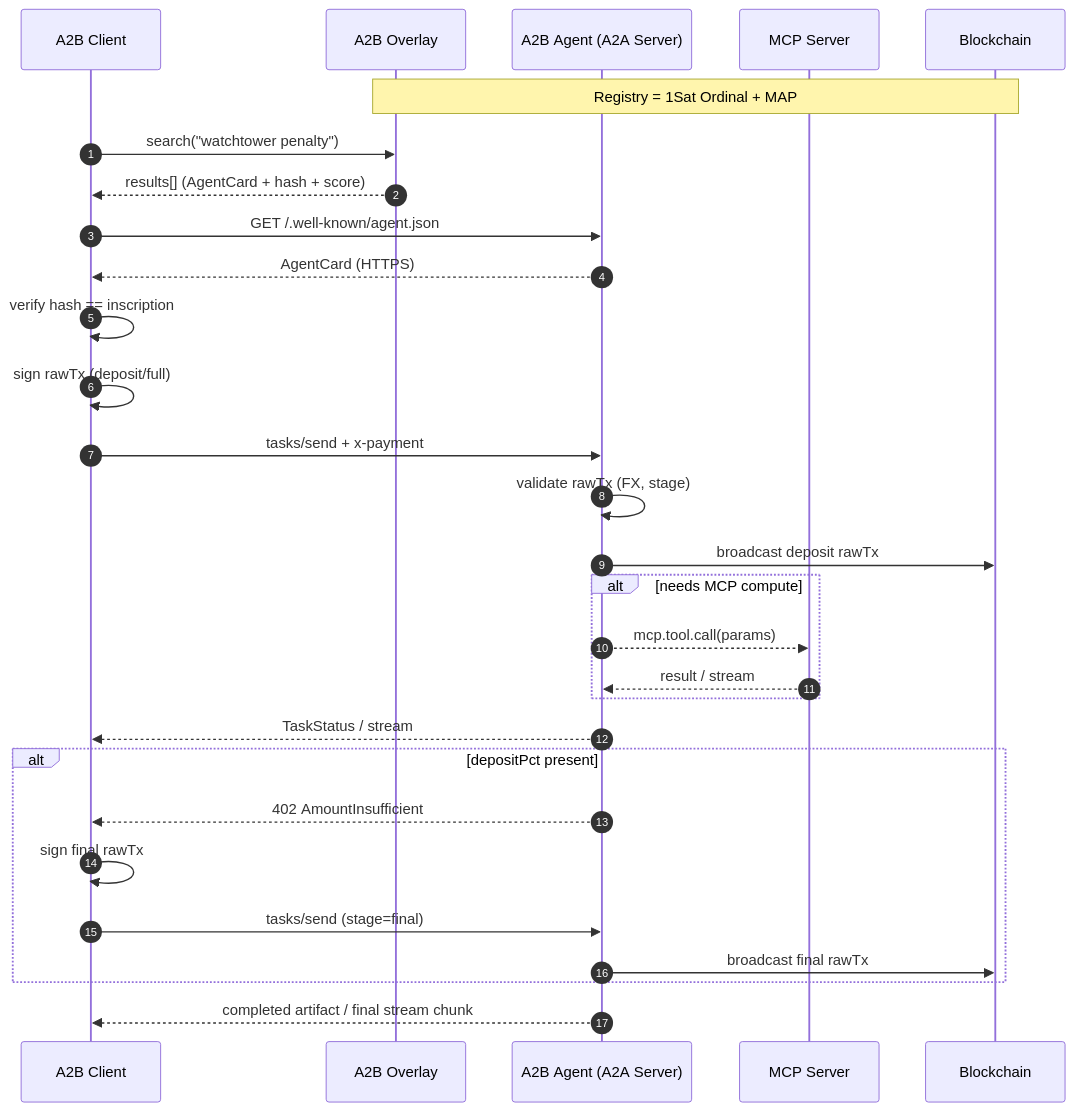
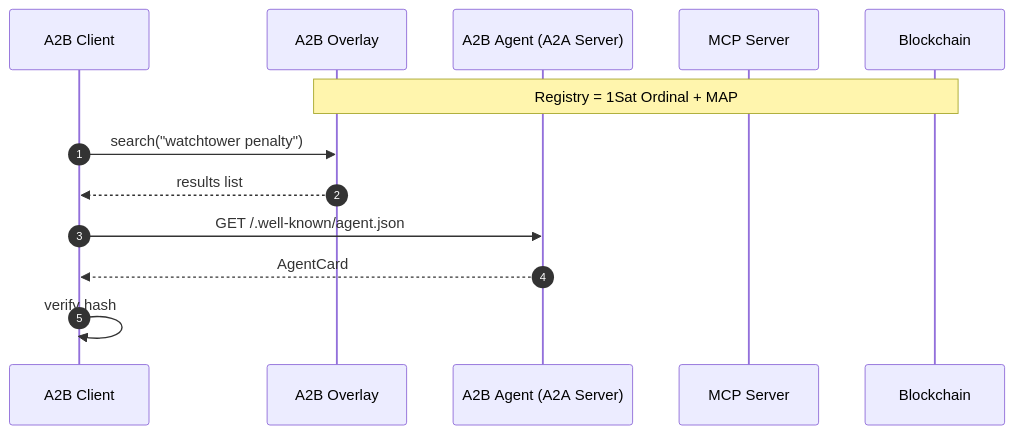
The first of 6 diagrams in docs/a2b.md (b-open-io/bsv-mcp), drawn with Mermaid before and after one commit. The commit also changed other lines of this file, not shown here.

Commit message:
Refine A2B documentation: update payment flow section for clarity, enhance descriptions in pricing configuration and error codes, and improve task state machine details for better understanding and usability.

````diff
--- a/docs/a2b.md
+++ b/docs/a2b.md
@@ -55,39 +51,18 @@
 ```mermaid
 sequenceDiagram
     autonumber
     participant C as A2B Client
     participant O as A2B Overlay
     participant S as A2B Agent (A2A Server)
     participant T as MCP Server
     participant B as Blockchain
 
     Note over O,B: Registry = 1Sat Ordinal + MAP
 
     C->>O: search("watchtower penalty")
-    O-->>C: results[] (AgentCard + hash + score)
+    O-->>C: results list
 
     C->>S: GET /.well-known/agent.json
-    S-->>C: AgentCard (HTTPS)
-    C->>C: verify hash == inscription
-
-    C->>C: sign rawTx (deposit/full)
-    C->>S: tasks/send + x‑payment
-    S->>S: validate rawTx (FX, stage)
-    S->>B: broadcast deposit rawTx
-
-    alt needs MCP compute
-        S-->>T: mcp.tool.call(params)
-        T-->>S: result / stream
-    end
-
-    S-->>C: TaskStatus / stream
-
-    alt depositPct present
-        S-->>C: 402 AmountInsufficient
-        C->>C: sign final rawTx
-        C->>S: tasks/send (stage=final)
-        S->>B: broadcast final rawTx
-    end
-
-    S-->>C: completed artifact / final stream chunk
+    S-->>C: AgentCard
+    C->>C: verify hash
 ```
````
